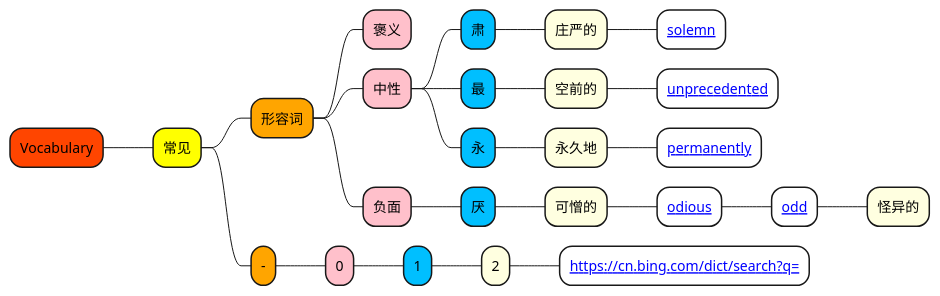
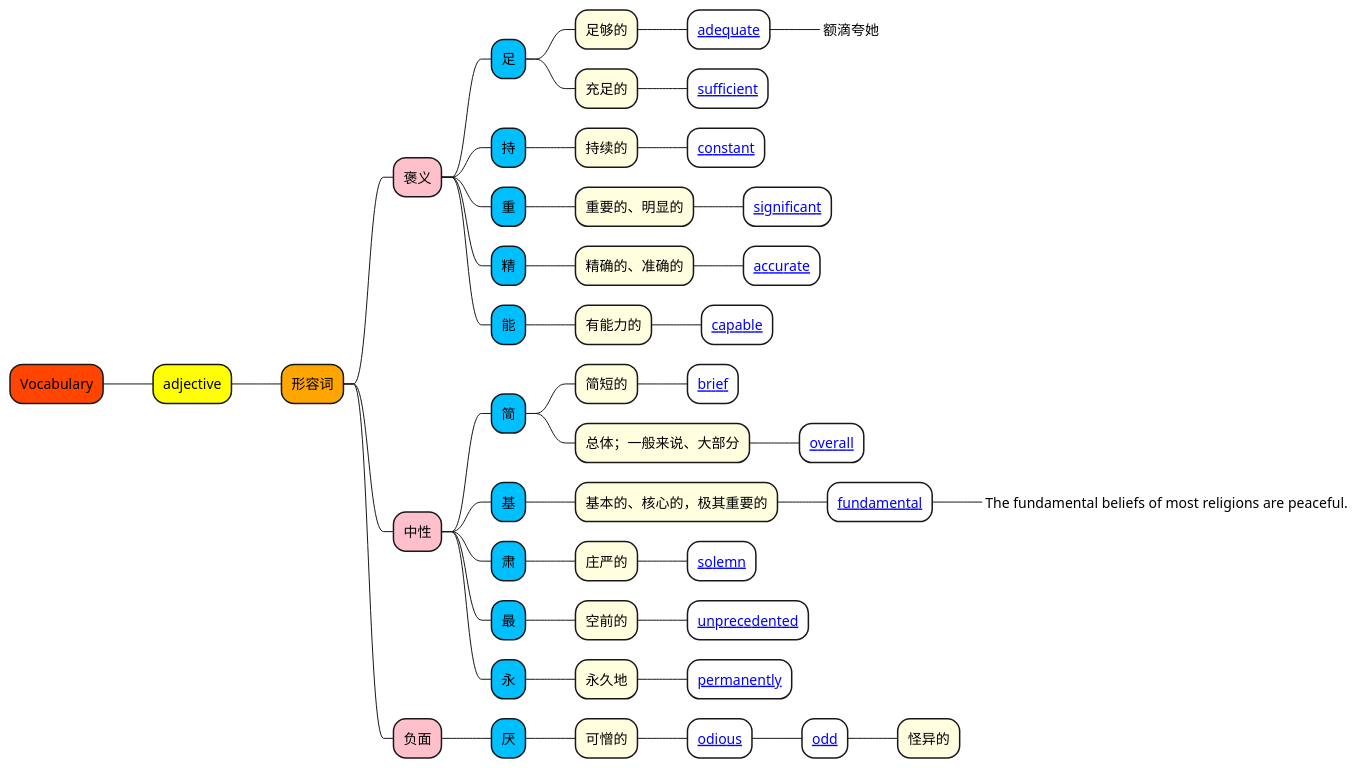
The diagram in English/Vocabulary/形容词.puml (doveg/self-cultivation-of-a-lifelong-learner), drawn with PlantUML before and after one commit. The commit also changed 9 other files, not shown here.

```diff
--- a/English/Vocabulary/形容词.puml
+++ b/English/Vocabulary/形容词.puml
@@ -1,64 +1,111 @@
 @startmindmap
 
 +[#OrangeRed] Vocabulary
 
-++[#yellow] 常见
+++[#yellow] adjective
 
 +++[#Orange] 形容词
 
 
 ++++[#Pink] 褒义
 
++++++[#DeepSkyBlue] 足
+
+++++++[#LightYellow] 足够的
++++++++[#White] [[https://cn.bing.com/dict/search?q=adequate adequate]]
+++++++++[#Aquamarine]_ 额滴夸她
+
+++++++[#LightYellow] 充足的
++++++++[#White] [[https://cn.bing.com/dict/search?q=sufficient sufficient]]
+
+
++++++[#DeepSkyBlue] 持
+
+++++++[#LightYellow] 持续的
++++++++[#White] [[https://cn.bing.com/dict/search?q=constant constant]]
+
+
++++++[#DeepSkyBlue] 重
+
+++++++[#LightYellow] 重要的、明显的
++++++++[#White] [[https://cn.bing.com/dict/search?q=significant significant]]
+
+
++++++[#DeepSkyBlue] 精
+
+++++++[#LightYellow] 精确的、准确的
++++++++[#White] [[https://cn.bing.com/dict/search?q=accurate accurate]]
+
+
++++++[#DeepSkyBlue] 能
+
+++++++[#LightYellow] 有能力的
++++++++[#White] [[https://cn.bing.com/dict/search?q=capable capable]]
+
+
+
+
 
 ++++[#Pink] 中性
+
+
++++++[#DeepSkyBlue] 简
+
+++++++[#LightYellow] 简短的
++++++++[#White] [[https://cn.bing.com/dict/search?q=brief brief]]
+
+++++++[#LightYellow] 总体；一般来说、大部分
++++++++[#White] [[https://cn.bing.com/dict/search?q=overall overall]]
+
+
++++++[#DeepSkyBlue] 基
+
+++++++[#LightYellow] 基本的、核心的，极其重要的
++++++++[#White] [[https://cn.bing.com/dict/search?q=fundamental fundamental]]
+++++++++[#Aquamarine]_ The fundamental beliefs of most religions are peaceful.
+
+
+
 
 +++++[#DeepSkyBlue] 肃
 
 ++++++[#LightYellow] 庄严的
 +++++++[#White] [[https://cn.bing.com/dict/search?q=solemn solemn]]
 
 
 +++++[#DeepSkyBlue] 最
 
 ++++++[#LightYellow] 空前的
 +++++++[#White] [[https://cn.bing.com/dict/search?q=unprecedented unprecedented]]
 
 
 
 +++++[#DeepSkyBlue] 永
 
 ++++++[#LightYellow] 永久地
 +++++++[#White] [[https://cn.bing.com/dict/search?q=permanently permanently]]
 
 
 
 
 
 
-
 ++++[#Pink] 负面
 
 
 +++++[#DeepSkyBlue] 厌
 
 ++++++[#LightYellow] 可憎的
 +++++++[#White] [[https://cn.bing.com/dict/search?q=odious odious]]
 ++++++++[#White] [[https://cn.bing.com/dict/search?q=odd odd]]
 +++++++++[#LightYellow] 怪异的
 
 
 
 
 
-+++[#Orange] -
 
-++++[#Pink] 0
-
-+++++[#DeepSkyBlue] 1
-
-++++++[#LightYellow] 2
-+++++++[#White] [[https://cn.bing.com/dict/search?q= ]]
 
 
 
 @endmindmap
```
